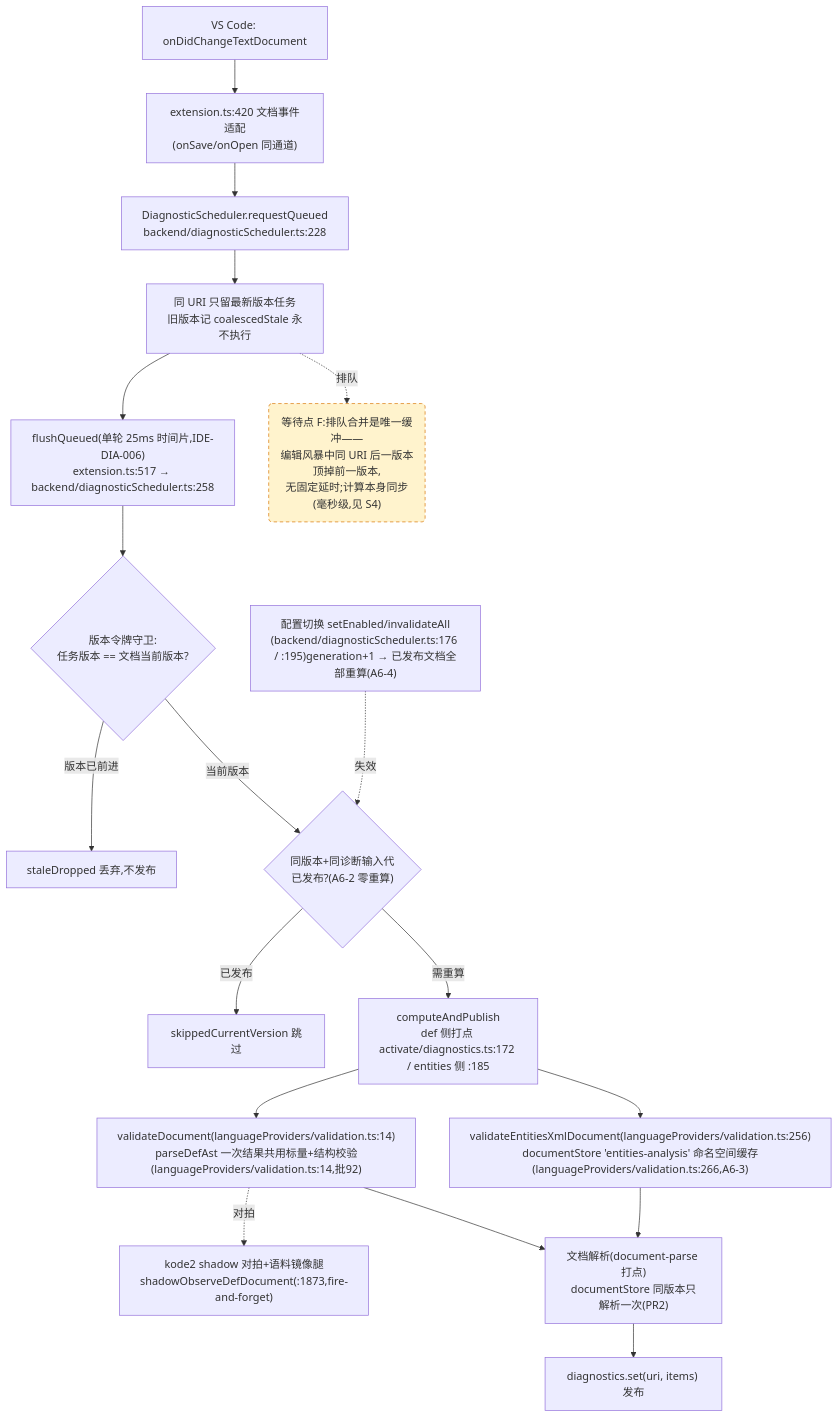
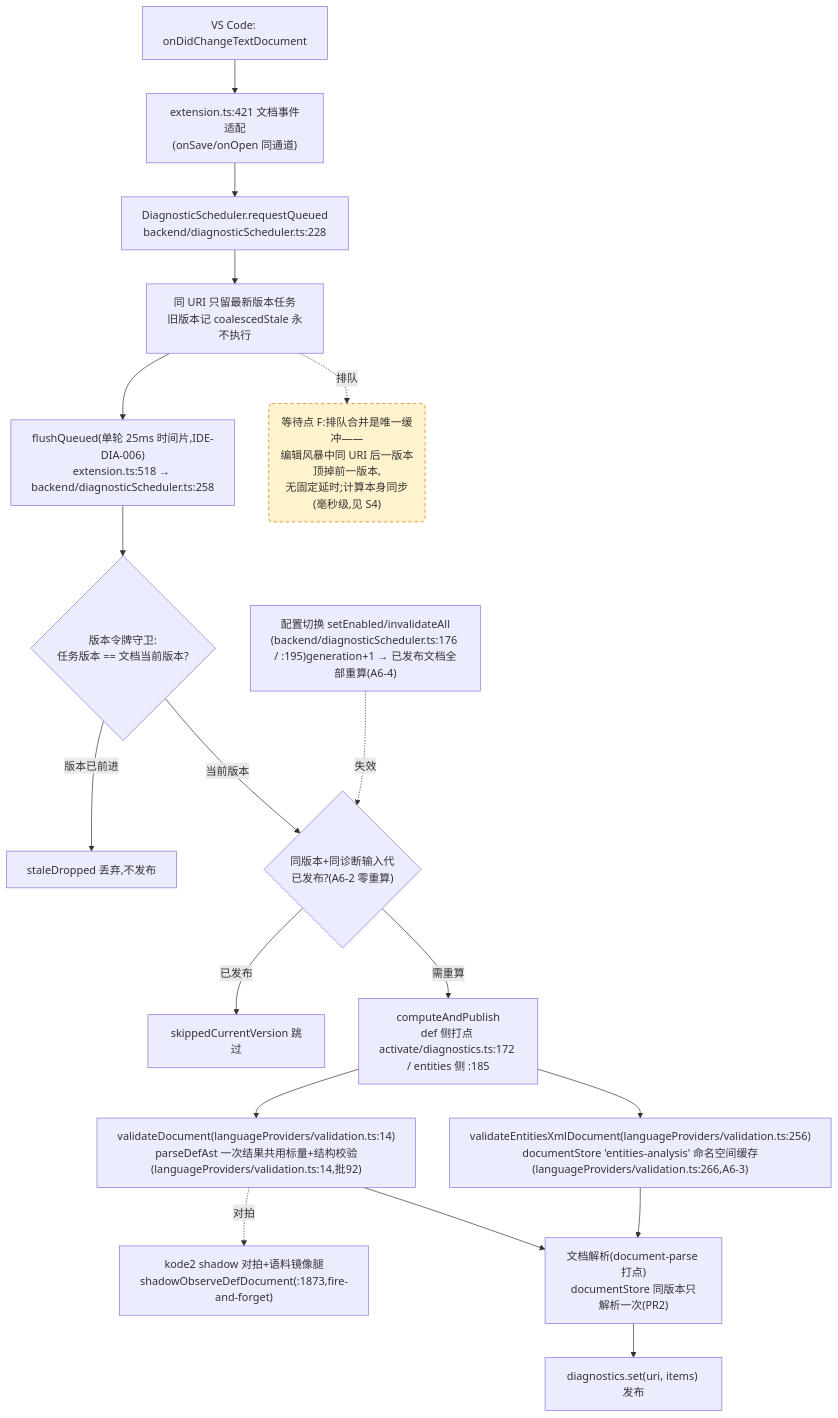
Before and after one commit to cuihairu/kode: the fourth of 4 diagrams in docs/perf/2026-baseline.md, drawn with Mermaid. The commit also changed other lines of this file and 19 other files, not shown here.

````diff
--- a/docs/perf/2026-baseline.md
+++ b/docs/perf/2026-baseline.md
@@ -219,38 +219,38 @@
 ```mermaid
 flowchart TD
   CHG["VS Code: onDidChangeTextDocument"]
-  WATCH["extension.ts:420 文档事件适配<br/>(onSave/onOpen 同通道)"]
+  WATCH["extension.ts:421 文档事件适配<br/>(onSave/onOpen 同通道)"]
   RQ["DiagnosticScheduler.requestQueued<br/>backend/diagnosticScheduler.ts:228"]
   CO["同 URI 只留最新版本任务<br/>旧版本记 coalescedStale 永不执行"]
-  FL["flushQueued(单轮 25ms 时间片,IDE-DIA-006)<br/>extension.ts:517 → backend/diagnosticScheduler.ts:258"]
+  FL["flushQueued(单轮 25ms 时间片,IDE-DIA-006)<br/>extension.ts:518 → backend/diagnosticScheduler.ts:258"]
   VG{"版本令牌守卫:<br/>任务版本 == 文档当前版本?"}
   DROP["staleDropped 丢弃,不发布"]
   GEN{"同版本+同诊断输入代<br/>已发布?(A6-2 零重算)"}
   SKIP["skippedCurrentVersion 跳过"]
   CALC["computeAndPublish<br/>def 侧打点 activate/diagnostics.ts:172 / entities 侧 :185"]
   VD["validateDocument(languageProviders/validation.ts:14)<br/>parseDefAst 一次结果共用标量+结构校验(languageProviders/validation.ts:14,批92)"]
   VEX["validateEntitiesXmlDocument(languageProviders/validation.ts:256)<br/>documentStore 'entities-analysis' 命名空间缓存(languageProviders/validation.ts:266,A6-3)"]
   SHDD["kode2 shadow 对拍+语料镜像腿<br/>shadowObserveDefDocument(:1873,fire-and-forget)"]
   DS["文档解析(document-parse 打点)<br/>documentStore 同版本只解析一次(PR2)"]
   PUB["diagnostics.set(uri, items) 发布"]
   CFG2["配置切换 setEnabled/invalidateAll<br/>(backend/diagnosticScheduler.ts:176 / :195)generation+1 → 已发布文档全部重算(A6-4)"]
 
   CHG --> WATCH --> RQ --> CO --> FL --> VG
   VG -- "版本已前进" --> DROP
   VG -- "当前版本" --> GEN
   GEN -- "已发布" --> SKIP
   GEN -- "需重算" --> CALC
   CALC --> VD
   CALC --> VEX
   VD --> DS
   VEX --> DS
   DS --> PUB
   VD -.->|对拍| SHDD
   CFG2 -.->|失效| GEN
 
   WAITF("等待点 F:排队合并是唯一缓冲——<br/>编辑风暴中同 URI 后一版本顶掉前一版本,<br/>无固定延时;计算本身同步(毫秒级,见 S4)")
   CO -.->|排队| WAITF
 
   classDef waitPoint fill:#fff3cd,stroke:#d97706,stroke-dasharray:5 4;
   class WAITF waitPoint;
 ```
````
